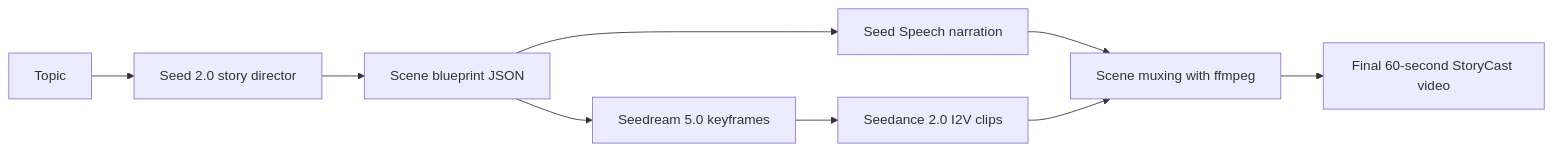
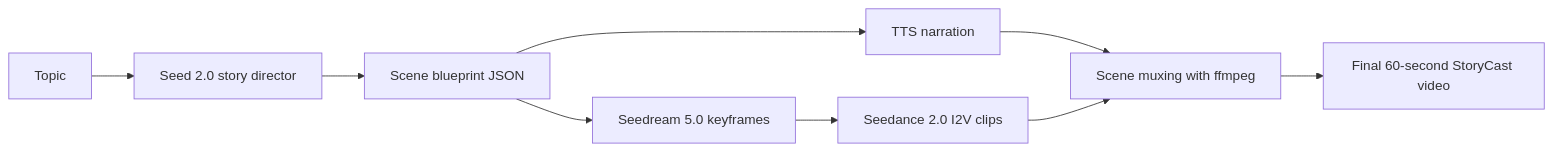
The diagram in README.md (Rohan5commit/storycast-seed-agents), drawn with Mermaid before and after one commit. The commit also changed other lines of this file and 9 other files, not shown here.

````diff
--- a/README.md
+++ b/README.md
@@ -21,11 +25,11 @@
 ```mermaid
 flowchart LR
     A[Topic] --> B[Seed 2.0 story director]
     B --> C[Scene blueprint JSON]
     C --> D[Seedream 5.0 keyframes]
-    C --> E[Seed Speech narration]
+    C --> E[TTS narration]
     D --> F[Seedance 2.0 I2V clips]
     E --> G[Scene muxing with ffmpeg]
     F --> G
     G --> H[Final 60-second StoryCast video]
 ```
````
